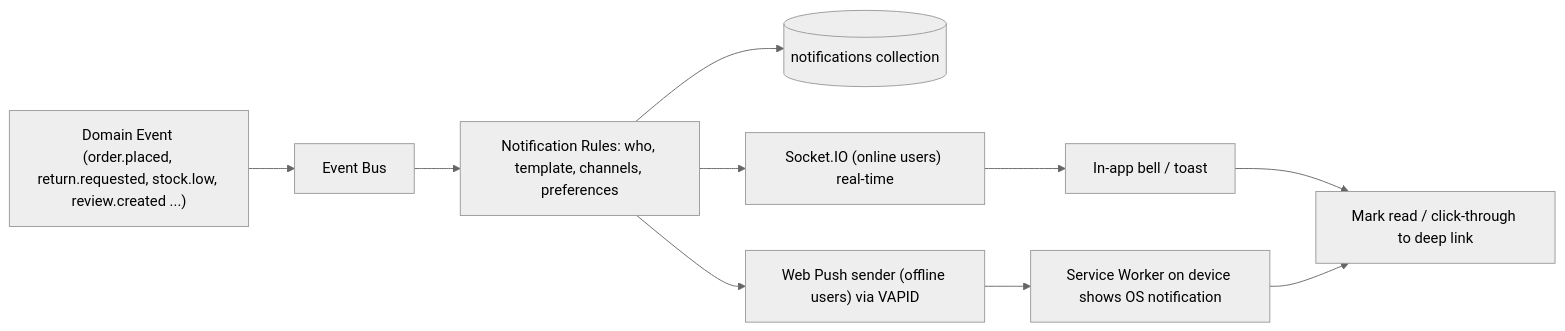
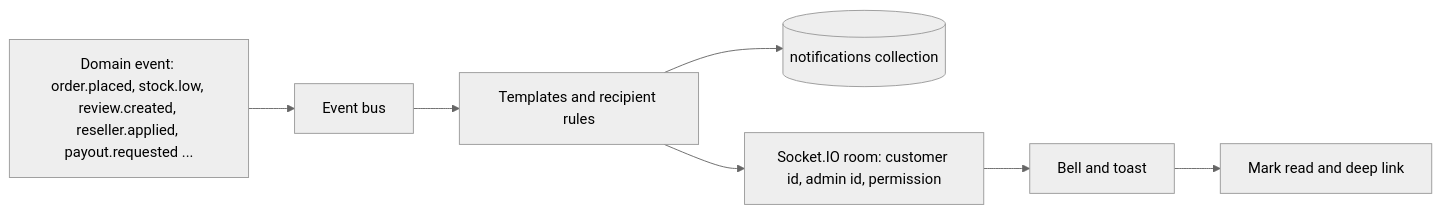
The ninth of 11 diagrams in docs/PLAN.md (subhrajit455/younora), drawn with Mermaid (neutral theme) before and after one commit. The commit also changed other lines of this file and 17 other files, not shown here.

````diff
--- a/docs/PLAN.md
+++ b/docs/PLAN.md
@@ -507,12 +507,9 @@
 ```mermaid
 flowchart LR
-  EV["Domain Event (order.placed, return.requested, stock.low, review.created ...)"] --> BUS["Event Bus"]
-  BUS --> RULES["Notification Rules: who, template, channels, preferences"]
+  EV["Domain event: order.placed, stock.low, review.created, reseller.applied, payout.requested ..."] --> BUS["Event bus"]
+  BUS --> RULES["Templates and recipient rules"]
   RULES --> DBN[("notifications collection")]
-  RULES --> SIO["Socket.IO (online users) real-time"]
-  RULES --> WP["Web Push sender (offline users) via VAPID"]
-  SIO --> UI["In-app bell / toast"]
-  WP --> SW["Service Worker on device shows OS notification"]
-  UI --> READ["Mark read / click-through to deep link"]
-  SW --> READ
+  RULES --> SIO["Socket.IO room: customer id, admin id, permission"]
+  SIO --> UI["Bell and toast"]
+  UI --> READ["Mark read and deep link"]
 ```
````
